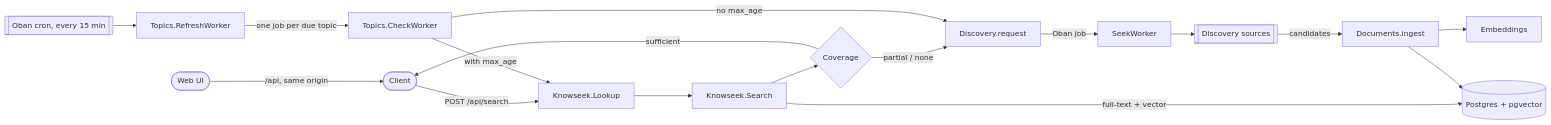
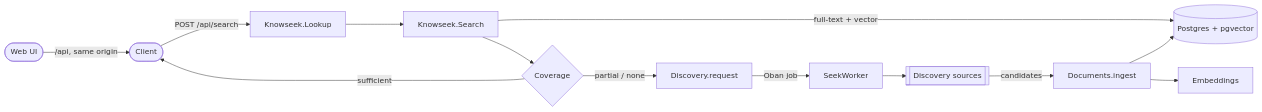
One commit to williamge/knowseek changed the first of 2 diagrams in docs/ARCHITECTURE.md. Above: the diagram before and after it, drawn with Mermaid. The commit also changed other lines of this file and 45 other files, not shown here.

````diff
--- a/docs/ARCHITECTURE.md
+++ b/docs/ARCHITECTURE.md
@@ -5,19 +5,15 @@
 ```mermaid
 flowchart LR
     web([Web UI]) -->|/api, same origin| client([Client])
     client -->|POST /api/search| lookup[Knowseek.Lookup]
     lookup --> search[Knowseek.Search]
     search -->|full-text + vector| pg[(Postgres + pgvector)]
     search --> coverage{Coverage}
     coverage -->|sufficient| client
     coverage -->|partial / none| enqueue[Discovery.request]
     enqueue -->|Oban job| seek[SeekWorker]
     seek --> sources[[Discovery sources]]
     sources -->|candidates| ingest[Documents.ingest]
     ingest --> embed[Embeddings]
     ingest --> pg
-    cron[[Oban cron, every 15 min]] --> refresh[Topics.RefreshWorker]
-    refresh -->|one job per due topic| check[Topics.CheckWorker]
-    check -->|no max_age| enqueue
-    check -->|with max_age| lookup
 ```
````
